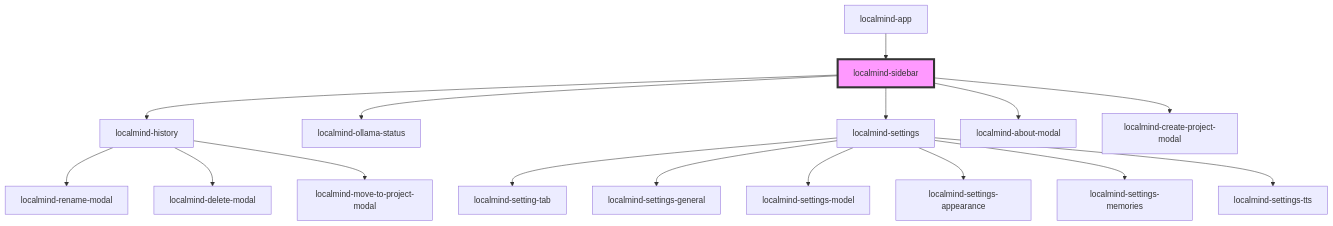
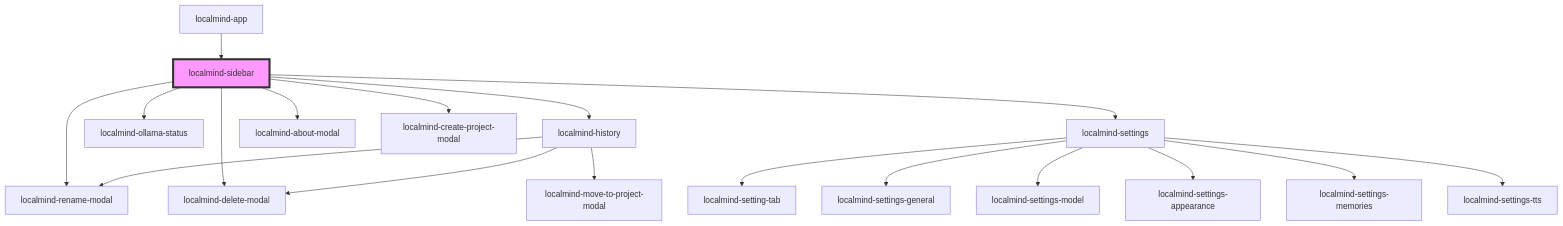
The diagram in src/components/localmind-sidebar/readme.md (JoyGHub/LocalMind), drawn with Mermaid before and after one commit. The commit also changed other lines of this file and 11 other files, not shown here.

````diff
--- a/src/components/localmind-sidebar/readme.md
+++ b/src/components/localmind-sidebar/readme.md
@@ -42,19 +44,21 @@
 ```mermaid
 graph TD;
   localmind-sidebar --> localmind-history
   localmind-sidebar --> localmind-ollama-status
   localmind-sidebar --> localmind-settings
   localmind-sidebar --> localmind-about-modal
   localmind-sidebar --> localmind-create-project-modal
+  localmind-sidebar --> localmind-rename-modal
+  localmind-sidebar --> localmind-delete-modal
   localmind-history --> localmind-rename-modal
   localmind-history --> localmind-delete-modal
   localmind-history --> localmind-move-to-project-modal
   localmind-settings --> localmind-setting-tab
   localmind-settings --> localmind-settings-general
   localmind-settings --> localmind-settings-model
   localmind-settings --> localmind-settings-appearance
   localmind-settings --> localmind-settings-memories
   localmind-settings --> localmind-settings-tts
   localmind-app --> localmind-sidebar
   style localmind-sidebar fill:#f9f,stroke:#333,stroke-width:4px
 ```
````
